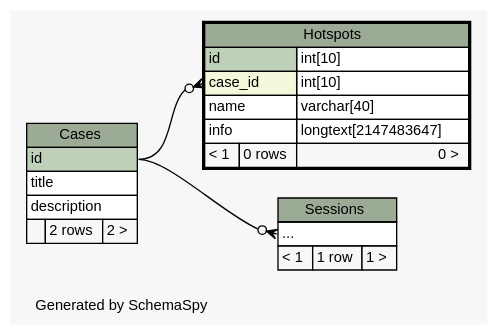
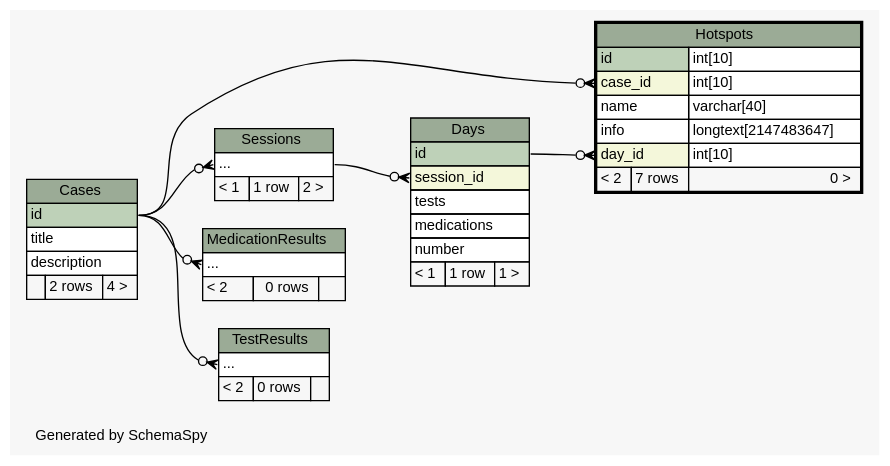
Before and after one commit to carrel2/CaseStudies: the diagram in web/files/schema/diagrams/Hotspots.2degrees.dot, drawn with Graphviz. The commit also changed 87 other files, not shown here.

Commit message:
More work on database schema

```diff
--- a/web/files/schema/diagrams/Hotspots.2degrees.dot
+++ b/web/files/schema/diagrams/Hotspots.2degrees.dot
@@ -1,59 +1,98 @@
 // dot 2.38.0 on Linux 4.4.0-59-generic
 // SchemaSpy rev 590
 digraph "twoDegreesRelationshipsDiagram" {
   graph [
     rankdir="RL"
     bgcolor="#f7f7f7"
     label="\nGenerated by SchemaSpy"
     labeljust="l"
     nodesep="0.18"
     ranksep="0.46"
     fontname="Helvetica"
     fontsize="11"
   ];
   node [
     fontname="Helvetica"
     fontsize="11"
     shape="plaintext"
   ];
   edge [
     arrowsize="0.8"
   ];
+  "Days":"session_id":w -> "Sessions":"elipses":e [arrowhead=none dir=back arrowtail=crowodot];
   "Hotspots":"case_id":w -> "Cases":"id":e [arrowhead=none dir=back arrowtail=crowodot];
+  "Hotspots":"day_id":w -> "Days":"id":e [arrowhead=none dir=back arrowtail=crowodot];
+  "MedicationResults":"elipses":w -> "Cases":"id":e [arrowhead=none dir=back arrowtail=crowodot];
   "Sessions":"elipses":w -> "Cases":"id":e [arrowhead=none dir=back arrowtail=crowodot];
+  "TestResults":"elipses":w -> "Cases":"id":e [arrowhead=none dir=back arrowtail=crowodot];
   "Cases" [
     label=<
     <TABLE BORDER="0" CELLBORDER="1" CELLSPACING="0" BGCOLOR="#ffffff">
       <TR><TD COLSPAN="3" BGCOLOR="#9bab96" ALIGN="CENTER">Cases</TD></TR>
       <TR><TD PORT="id" COLSPAN="3" BGCOLOR="#bed1b8" ALIGN="LEFT">id</TD></TR>
       <TR><TD PORT="title" COLSPAN="3" ALIGN="LEFT">title</TD></TR>
       <TR><TD PORT="description" COLSPAN="3" ALIGN="LEFT">description</TD></TR>
-      <TR><TD ALIGN="LEFT" BGCOLOR="#f7f7f7">  </TD><TD ALIGN="RIGHT" BGCOLOR="#f7f7f7">2 rows</TD><TD ALIGN="RIGHT" BGCOLOR="#f7f7f7">2 &gt;</TD></TR>
+      <TR><TD ALIGN="LEFT" BGCOLOR="#f7f7f7">  </TD><TD ALIGN="RIGHT" BGCOLOR="#f7f7f7">2 rows</TD><TD ALIGN="RIGHT" BGCOLOR="#f7f7f7">4 &gt;</TD></TR>
     </TABLE>>
     URL="Cases.html"
     tooltip="Cases"
+  ];
+  "Days" [
+    label=<
+    <TABLE BORDER="0" CELLBORDER="1" CELLSPACING="0" BGCOLOR="#ffffff">
+      <TR><TD COLSPAN="3" BGCOLOR="#9bab96" ALIGN="CENTER">Days</TD></TR>
+      <TR><TD PORT="id" COLSPAN="3" BGCOLOR="#bed1b8" ALIGN="LEFT">id</TD></TR>
+      <TR><TD PORT="session_id" COLSPAN="3" BGCOLOR="#f4f7da" ALIGN="LEFT">session_id</TD></TR>
+      <TR><TD PORT="tests" COLSPAN="3" ALIGN="LEFT">tests</TD></TR>
+      <TR><TD PORT="medications" COLSPAN="3" ALIGN="LEFT">medications</TD></TR>
+      <TR><TD PORT="number" COLSPAN="3" ALIGN="LEFT">number</TD></TR>
+      <TR><TD ALIGN="LEFT" BGCOLOR="#f7f7f7">&lt; 1</TD><TD ALIGN="RIGHT" BGCOLOR="#f7f7f7">1 row</TD><TD ALIGN="RIGHT" BGCOLOR="#f7f7f7">1 &gt;</TD></TR>
+    </TABLE>>
+    URL="Days.html"
+    tooltip="Days"
   ];
   "Hotspots" [
     label=<
     <TABLE BORDER="2" CELLBORDER="1" CELLSPACING="0" BGCOLOR="#ffffff">
       <TR><TD COLSPAN="3" BGCOLOR="#9bab96" ALIGN="CENTER">Hotspots</TD></TR>
       <TR><TD PORT="id" COLSPAN="2" BGCOLOR="#bed1b8" ALIGN="LEFT">id</TD><TD PORT="id.type" ALIGN="LEFT">int[10]</TD></TR>
       <TR><TD PORT="case_id" COLSPAN="2" BGCOLOR="#f4f7da" ALIGN="LEFT">case_id</TD><TD PORT="case_id.type" ALIGN="LEFT">int[10]</TD></TR>
       <TR><TD PORT="name" COLSPAN="2" ALIGN="LEFT">name</TD><TD PORT="name.type" ALIGN="LEFT">varchar[40]</TD></TR>
       <TR><TD PORT="info" COLSPAN="2" ALIGN="LEFT">info</TD><TD PORT="info.type" ALIGN="LEFT">longtext[2147483647]</TD></TR>
-      <TR><TD ALIGN="LEFT" BGCOLOR="#f7f7f7">&lt; 1</TD><TD ALIGN="RIGHT" BGCOLOR="#f7f7f7">0 rows</TD><TD ALIGN="RIGHT" BGCOLOR="#f7f7f7">0 &gt;</TD></TR>
+      <TR><TD PORT="day_id" COLSPAN="2" BGCOLOR="#f4f7da" ALIGN="LEFT">day_id</TD><TD PORT="day_id.type" ALIGN="LEFT">int[10]</TD></TR>
+      <TR><TD ALIGN="LEFT" BGCOLOR="#f7f7f7">&lt; 2</TD><TD ALIGN="RIGHT" BGCOLOR="#f7f7f7">7 rows</TD><TD ALIGN="RIGHT" BGCOLOR="#f7f7f7">0 &gt;</TD></TR>
     </TABLE>>
     URL="Hotspots.html"
     tooltip="Hotspots"
+  ];
+  "MedicationResults" [
+    label=<
+    <TABLE BORDER="0" CELLBORDER="1" CELLSPACING="0" BGCOLOR="#ffffff">
+      <TR><TD COLSPAN="3" BGCOLOR="#9bab96" ALIGN="CENTER">MedicationResults</TD></TR>
+      <TR><TD PORT="elipses" COLSPAN="3" ALIGN="LEFT">...</TD></TR>
+      <TR><TD ALIGN="LEFT" BGCOLOR="#f7f7f7">&lt; 2</TD><TD ALIGN="RIGHT" BGCOLOR="#f7f7f7">0 rows</TD><TD ALIGN="RIGHT" BGCOLOR="#f7f7f7">  </TD></TR>
+    </TABLE>>
+    URL="MedicationResults.html"
+    tooltip="MedicationResults"
   ];
   "Sessions" [
     label=<
     <TABLE BORDER="0" CELLBORDER="1" CELLSPACING="0" BGCOLOR="#ffffff">
       <TR><TD COLSPAN="3" BGCOLOR="#9bab96" ALIGN="CENTER">Sessions</TD></TR>
       <TR><TD PORT="elipses" COLSPAN="3" ALIGN="LEFT">...</TD></TR>
-      <TR><TD ALIGN="LEFT" BGCOLOR="#f7f7f7">&lt; 1</TD><TD ALIGN="RIGHT" BGCOLOR="#f7f7f7">1 row</TD><TD ALIGN="RIGHT" BGCOLOR="#f7f7f7">1 &gt;</TD></TR>
+      <TR><TD ALIGN="LEFT" BGCOLOR="#f7f7f7">&lt; 1</TD><TD ALIGN="RIGHT" BGCOLOR="#f7f7f7">1 row</TD><TD ALIGN="RIGHT" BGCOLOR="#f7f7f7">2 &gt;</TD></TR>
     </TABLE>>
     URL="Sessions.html"
     tooltip="Sessions"
   ];
+  "TestResults" [
+    label=<
+    <TABLE BORDER="0" CELLBORDER="1" CELLSPACING="0" BGCOLOR="#ffffff">
+      <TR><TD COLSPAN="3" BGCOLOR="#9bab96" ALIGN="CENTER">TestResults</TD></TR>
+      <TR><TD PORT="elipses" COLSPAN="3" ALIGN="LEFT">...</TD></TR>
+      <TR><TD ALIGN="LEFT" BGCOLOR="#f7f7f7">&lt; 2</TD><TD ALIGN="RIGHT" BGCOLOR="#f7f7f7">0 rows</TD><TD ALIGN="RIGHT" BGCOLOR="#f7f7f7">  </TD></TR>
+    </TABLE>>
+    URL="TestResults.html"
+    tooltip="TestResults"
+  ];
 }
```
